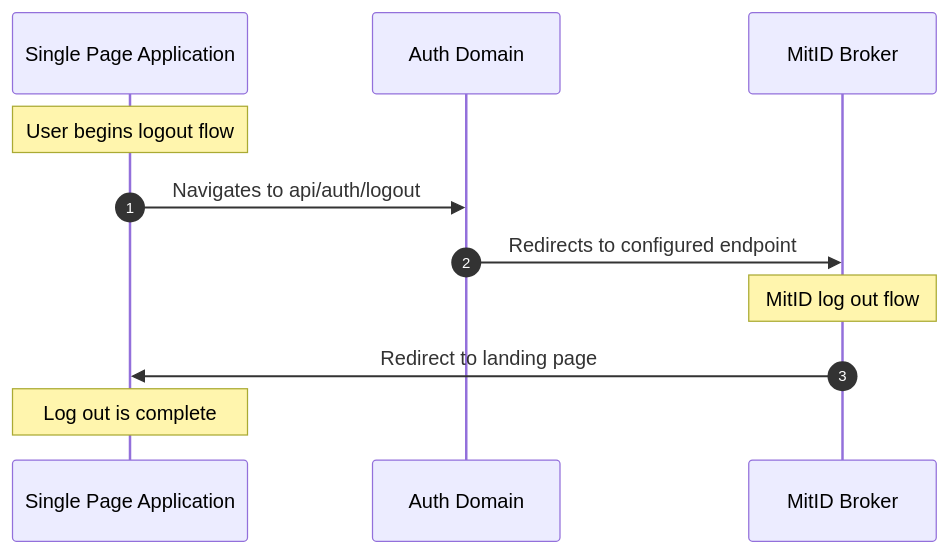
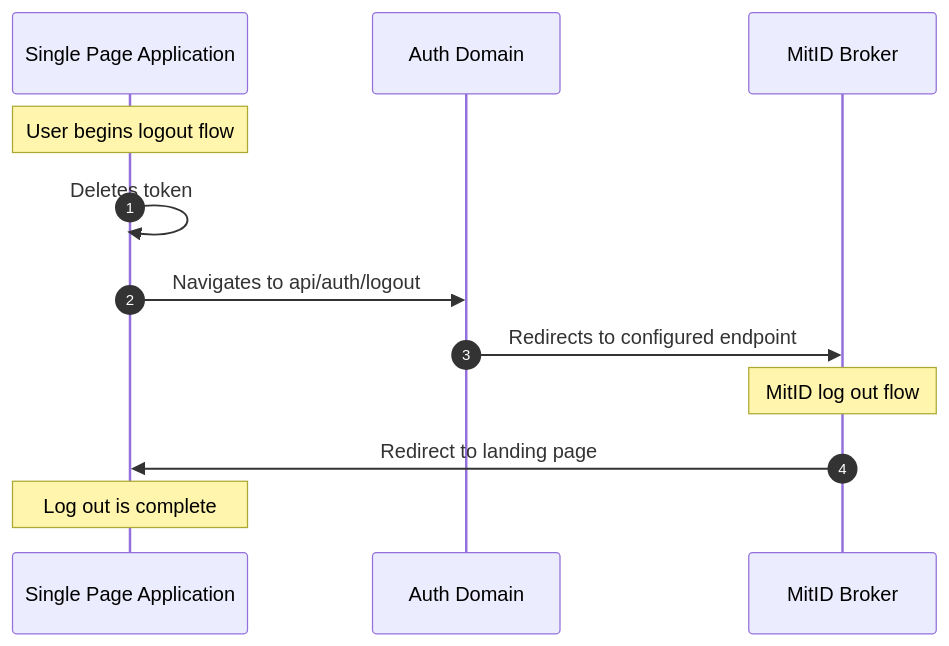
One commit to Energinet-DataHub/energy-origin changed the second of 2 diagrams in doc/architecture/domains/auth.md. Above: the diagram before and after it, drawn with Mermaid. The commit also changed other lines of this file, not shown here.

````diff
--- a/doc/architecture/domains/auth.md
+++ b/doc/architecture/domains/auth.md
@@ -70,14 +70,15 @@
 ```mermaid
 sequenceDiagram
   autonumber
   participant spa as Single Page Application
   participant auth as Auth Domain
   participant broker as MitID Broker
 
   Note over spa: User begins logout flow
+  spa->>spa: Deletes token
   spa->>auth: Navigates to api/auth/logout
   auth->>broker: Redirects to configured endpoint
   Note over broker: MitID log out flow
   broker->>spa: Redirect to landing page
   Note over spa: Log out is complete
 ```
````
